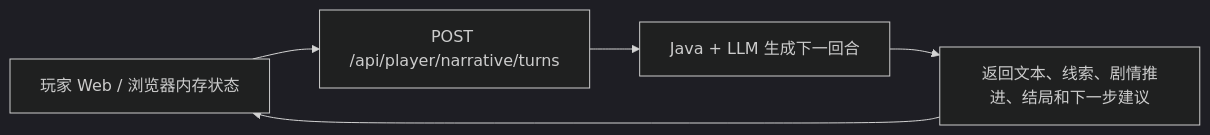
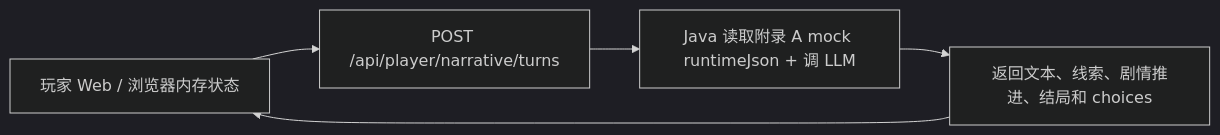
The second of 2 diagrams in docs/narrative-runtime-java-api-v0.md (sleep202411/agent), drawn with Mermaid (dark theme) before and after one commit. The commit also changed other lines of this file, not shown here.

Commit message:
docs(narrative): rewrite java runtime API as interface contract v0

````diff
--- a/docs/narrative-runtime-java-api-v0.md
+++ b/docs/narrative-runtime-java-api-v0.md
@@ -70,7 +52,7 @@
 ```mermaid
 flowchart LR
   A["玩家 Web / 浏览器内存状态"] --> B["POST /api/player/narrative/turns"]
-  B --> C["Java + LLM 生成下一回合"]
-  C --> D["返回文本、线索、剧情推进、结局和下一步建议"]
+  B --> C["Java 读取附录 A mock runtimeJson + 调 LLM"]
+  C --> D["返回文本、线索、剧情推进、结局和 choices"]
   D --> A
 ```
````
